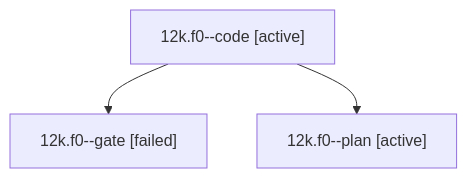
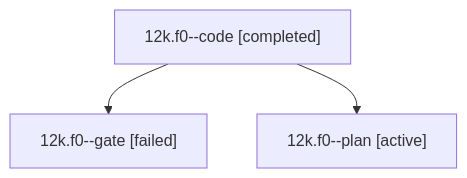
The diagram in sessions/bbugyi200.athena.12k.f0.md (bobs-org/bob-cli--agents), drawn with Mermaid before and after one commit. The commit also changed other lines of this file and 22 other files, not shown here.

````diff
--- a/sessions/bbugyi200.athena.12k.f0.md
+++ b/sessions/bbugyi200.athena.12k.f0.md
@@ -9,8 +9,8 @@
 ```mermaid
 flowchart TD
-  n0["12k.f0--code [active]"]
+  n0["12k.f0--code [completed]"]
   n1["12k.f0--gate [failed]"]
   n0 --> n1
   n2["12k.f0--plan [active]"]
   n0 --> n2
 ```
````
